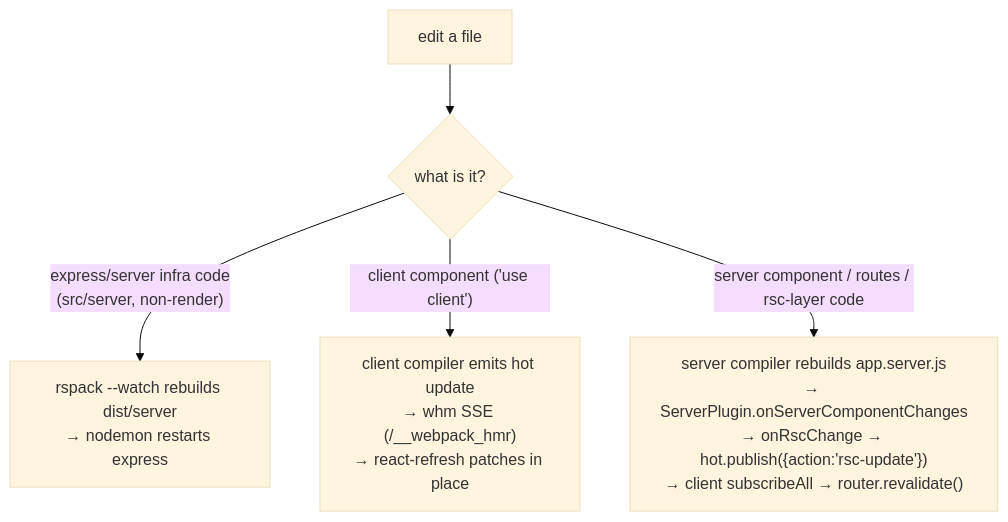
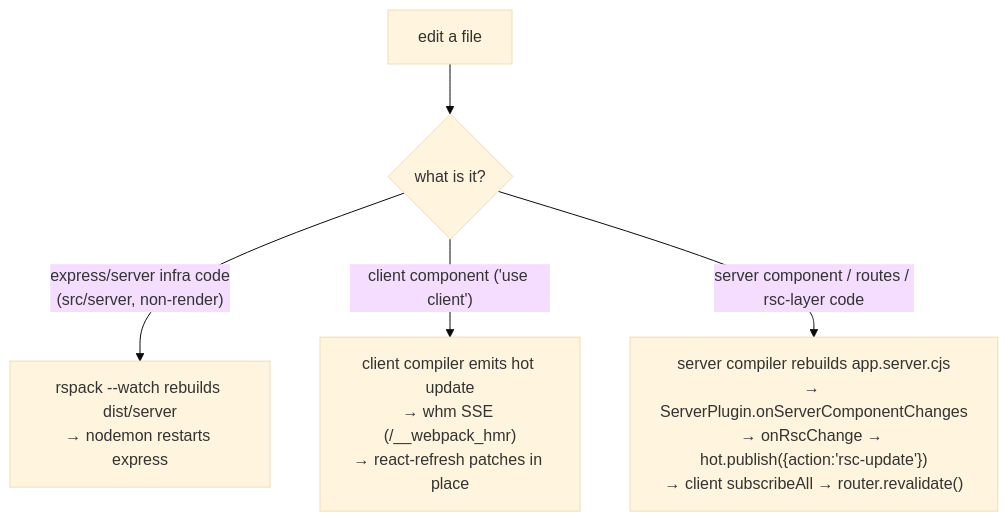
The fourth of 4 diagrams in docs/rsc.md (denchiklut/ssr-boilerplate), drawn with Mermaid (base theme) before and after one commit. The commit also changed other lines of this file and 9 other files, not shown here.

````diff
--- a/docs/rsc.md
+++ b/docs/rsc.md
@@ -825,7 +830,7 @@
 ```mermaid
 flowchart TD
     A["edit a file"] --> B{what is it?}
     B -->|"express/server infra code<br/>(src/server, non-render)"| C["rspack --watch rebuilds dist/server<br/>→ nodemon restarts express"]
     B -->|"client component ('use client')"| D["client compiler emits hot update<br/>→ whm SSE (/__webpack_hmr)<br/>→ react-refresh patches in place"]
-    B -->|"server component / routes / rsc-layer code"| E["server compiler rebuilds app.server.js<br/>→ ServerPlugin.onServerComponentChanges<br/>→ onRscChange → hot.publish({action:'rsc-update'})<br/>→ client subscribeAll → router.revalidate()"]
+    B -->|"server component / routes / rsc-layer code"| E["server compiler rebuilds app.server.cjs<br/>→ ServerPlugin.onServerComponentChanges<br/>→ onRscChange → hot.publish({action:'rsc-update'})<br/>→ client subscribeAll → router.revalidate()"]
 ```
````
